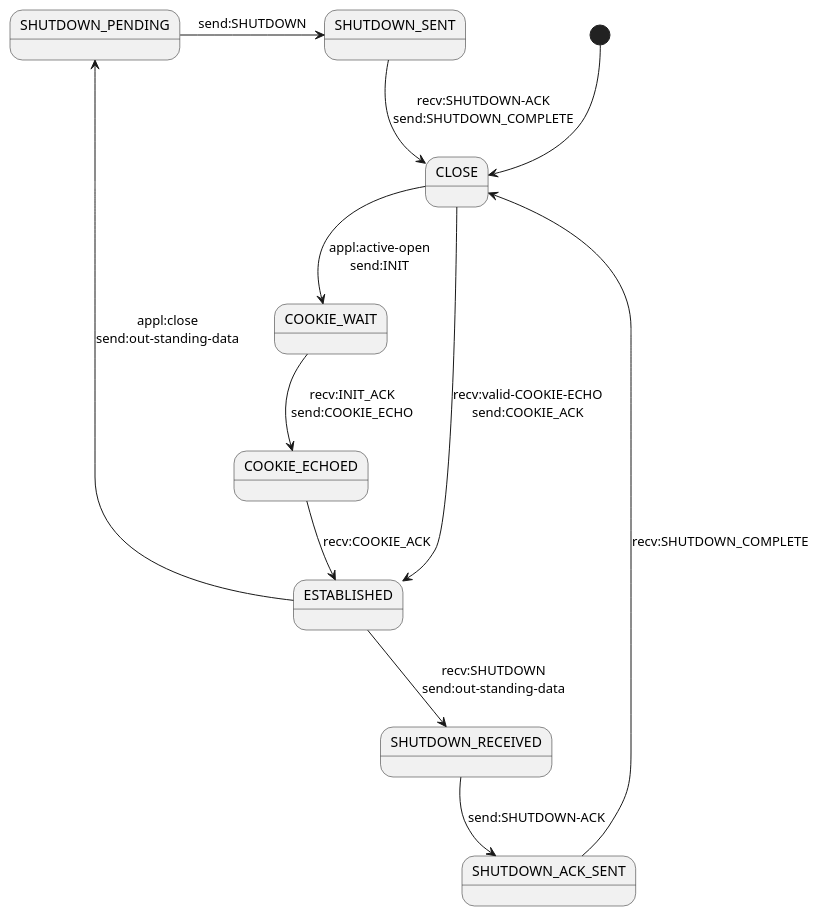
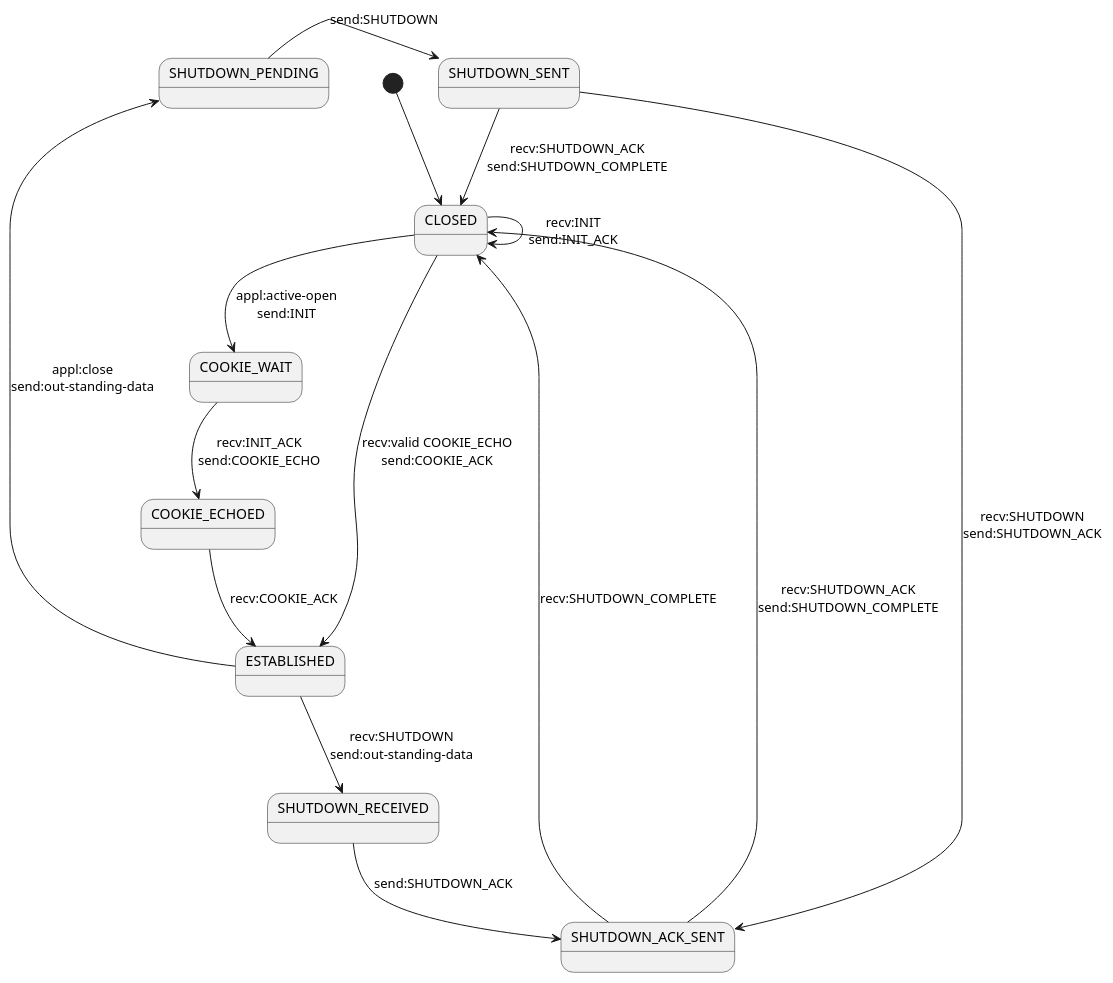
The diagram in sctp_state.puml (caskeep/network-umls), drawn with PlantUML before and after one commit.

Commit message:
add sctp state transfer uml

```diff
--- a/sctp_state.puml
+++ b/sctp_state.puml
@@ -1,41 +1,48 @@
 @startuml
 
-[*] --> CLOSE
+[*] --> CLOSED
+
+'server recv client's INIT and send back INIT_ACK, but remaining CLOSED state
+CLOSED --> CLOSED : recv:INIT\nsend:INIT_ACK
 
 'client open a sctp connection
-CLOSE --> COOKIE_WAIT : appl:active-open\nsend:INIT
+CLOSED --> COOKIE_WAIT : appl:active-open\nsend:INIT
 
-'client recv server's response ofr INIT, send COOKIE_ECHO and wait.
+'client recv server's response for INIT, send COOKIE_ECHO and wait.
 COOKIE_WAIT --> COOKIE_ECHOED : recv:INIT_ACK\nsend:COOKIE_ECHO
 
 'server recv a valid client's COOKIE_ECHO(before has sent INIT),
 'server then send COOKIE_ACK, wait for client response.
-CLOSE --> ESTABLISHED : recv:valid-COOKIE-ECHO\nsend:COOKIE_ACK
+CLOSED --> ESTABLISHED : recv:valid COOKIE_ECHO\nsend:COOKIE_ACK
 
 'client recv server's COOKIE_ACK for previous sent COOKIE_ECHO response,
 'enter normal communication state
 COOKIE_ECHOED --> ESTABLISHED : recv:COOKIE_ACK
 
 'client active close this sctp connection, send all remaining out-standing-data
 ESTABLISHED --> SHUTDOWN_PENDING : appl:close\nsend:out-standing-data
 
 'client has sent all remaining out-standing-data, send SHUTDOWN to server
 SHUTDOWN_PENDING -> SHUTDOWN_SENT : send:SHUTDOWN
 
 'server recv client's SHUTDOWN, send all remaining out-standing-data
 ESTABLISHED --> SHUTDOWN_RECEIVED : recv:SHUTDOWN\nsend:out-standing-data
 
 'server has sent all remaining out-standing-data,
 'send SHUTDOWN_ACK as client's SHUTDOWN response
-SHUTDOWN_RECEIVED --> SHUTDOWN_ACK_SENT : send:SHUTDOWN-ACK
+SHUTDOWN_RECEIVED --> SHUTDOWN_ACK_SENT : send:SHUTDOWN_ACK
 
 'client recv server's SHUTDOWN_ACK as response of previous sent SHUTDOWN
 'and sent SHUTDOWN_COMPLETE as final response to server
-SHUTDOWN_SENT --> CLOSE : recv:SHUTDOWN-ACK\nsend:SHUTDOWN_COMPLETE
+SHUTDOWN_SENT --> CLOSED : recv:SHUTDOWN_ACK\nsend:SHUTDOWN_COMPLETE
 
 'server recv client's SHUTDOWN_COMPLETE as final msg
-SHUTDOWN_ACK_SENT --> CLOSE : recv:SHUTDOWN_COMPLETE
+SHUTDOWN_ACK_SENT --> CLOSED : recv:SHUTDOWN_COMPLETE
+SHUTDOWN_ACK_SENT --> CLOSED : recv:SHUTDOWN_ACK\nsend:SHUTDOWN_COMPLETE
 
-'make up for special cases
+'make up for special cases: both shutdown
+
+'both client/server try to shutdown at same time, enter final state: SHUTDOWN_ACK_SENT
+SHUTDOWN_SENT --> SHUTDOWN_ACK_SENT : recv:SHUTDOWN\nsend:SHUTDOWN_ACK
 
 @enduml
```
